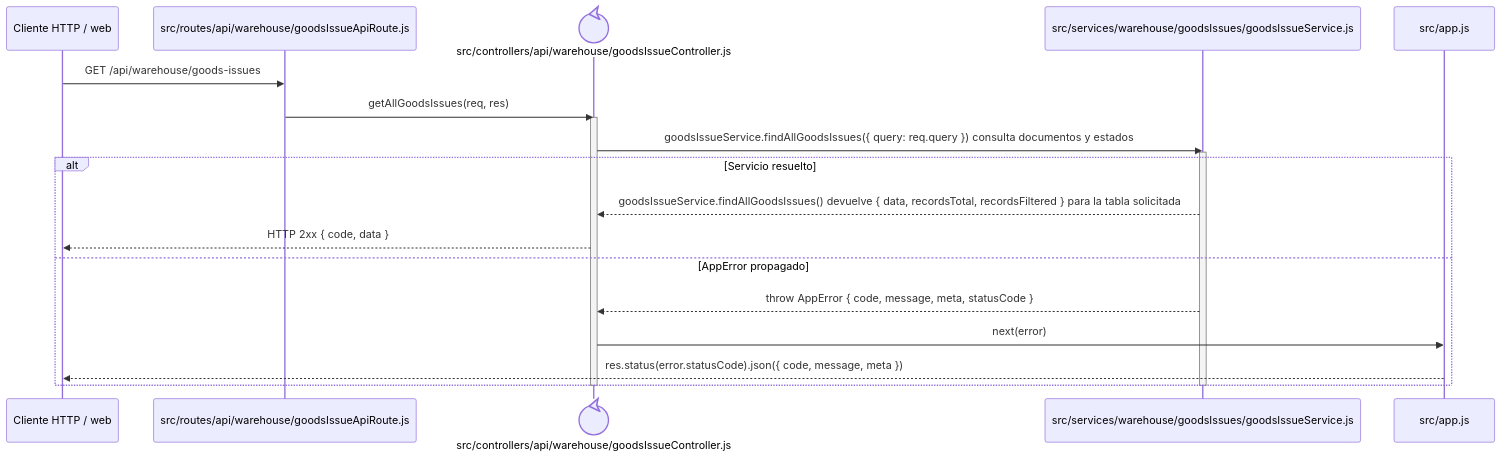
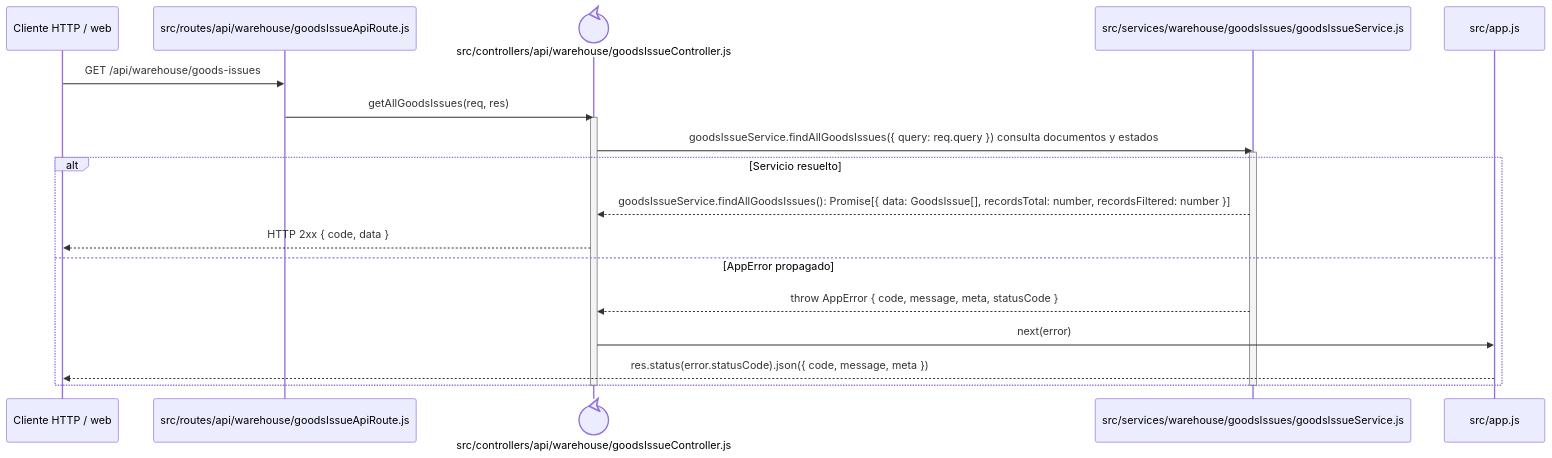
One commit to gpgsistemas01/nexus changed the diagram in docs/architecture/backend-code-sequences/issues/cu-sal-01.md. Above: the diagram before and after it, drawn with Mermaid. The commit also changed 146 other files, not shown here.

````diff
--- a/docs/architecture/backend-code-sequences/issues/cu-sal-01.md
+++ b/docs/architecture/backend-code-sequences/issues/cu-sal-01.md
@@ -6,24 +6,24 @@
 ```mermaid
 sequenceDiagram
     participant Client as Cliente HTTP / web
     participant Route as src/routes/api/warehouse/goodsIssueApiRoute.js
     participant Controller@{ "type": "control" } as src/controllers/api/warehouse/goodsIssueController.js
     participant Domain as src/services/warehouse/goodsIssues/goodsIssueService.js
     participant ErrorHandler as src/app.js
 
     Client->>Route: GET /api/warehouse/goods-issues
     Route->>Controller: getAllGoodsIssues(req, res)
     activate Controller
     Controller->>Domain: goodsIssueService.findAllGoodsIssues({ query: req.query }) consulta documentos y estados
     activate Domain
     alt Servicio resuelto
-        Domain-->>Controller: goodsIssueService.findAllGoodsIssues() devuelve { data, recordsTotal, recordsFiltered } para la tabla solicitada
+        Domain-->>Controller: goodsIssueService.findAllGoodsIssues(): Promise[{ data: GoodsIssue[], recordsTotal: number, recordsFiltered: number }]
         Controller-->>Client: HTTP 2xx { code, data }
     else AppError propagado
         Domain-->>Controller: throw AppError { code, message, meta, statusCode }
         Controller->>ErrorHandler: next(error)
         ErrorHandler-->>Client: res.status(error.statusCode).json({ code, message, meta })
     end
     deactivate Domain
     deactivate Controller
 ```
````
